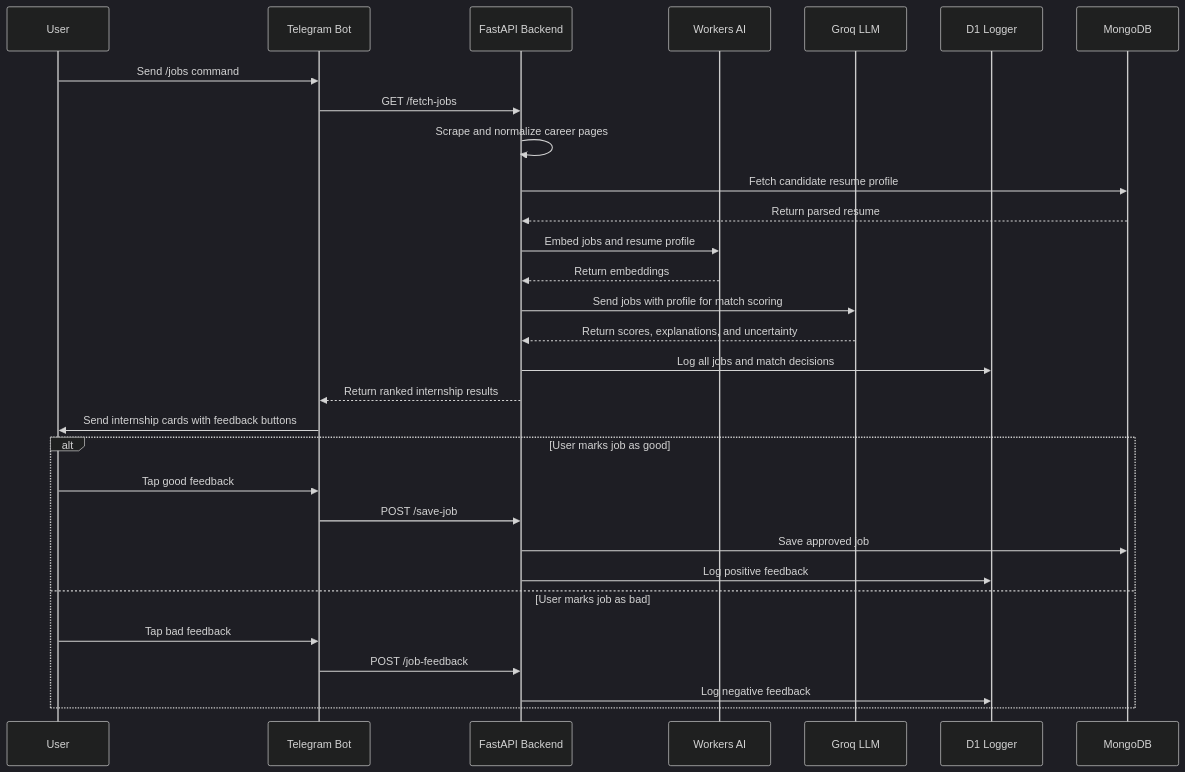
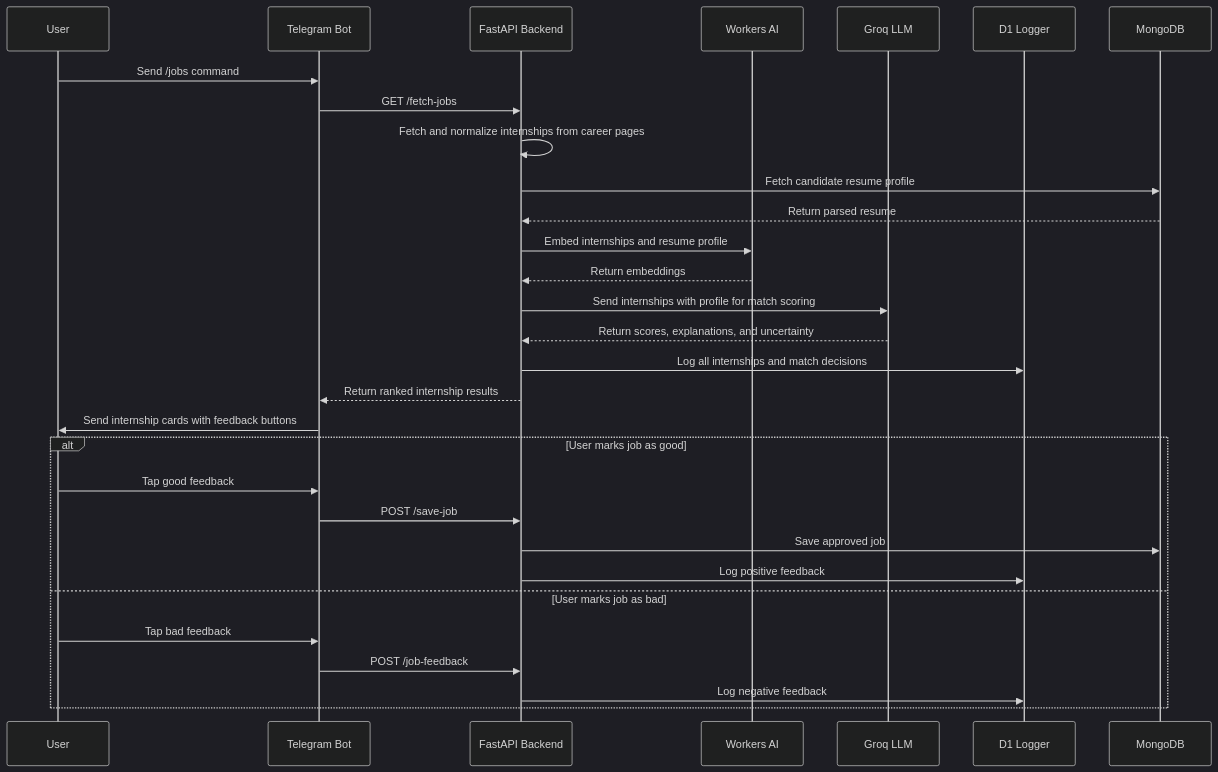
The diagram in sibyl/sequence-diagram.md (10billionpercent/system-design-portfolio), drawn with Mermaid (dark theme) before and after one commit.

Commit message:
improve wording in sibyl sequence diagram

````diff
--- a/sibyl/sequence-diagram.md
+++ b/sibyl/sequence-diagram.md
@@ -3,39 +3,39 @@
 ```mermaid
 sequenceDiagram
     participant User
     participant Telegram Bot
     participant FastAPI Backend
     participant Workers AI
     participant Groq LLM
     participant D1 Logger
     participant MongoDB
 
     User->>Telegram Bot: Send /jobs command
     Telegram Bot->>FastAPI Backend: GET /fetch-jobs
 
-    FastAPI Backend->>FastAPI Backend: Scrape and normalize career pages
+    FastAPI Backend->>FastAPI Backend: Fetch and normalize internships from career pages
     FastAPI Backend->>MongoDB: Fetch candidate resume profile
     MongoDB-->>FastAPI Backend: Return parsed resume
 
-    FastAPI Backend->>Workers AI: Embed jobs and resume profile
+    FastAPI Backend->>Workers AI: Embed internships and resume profile
     Workers AI-->>FastAPI Backend: Return embeddings
 
-    FastAPI Backend->>Groq LLM: Send jobs with profile for match scoring
+    FastAPI Backend->>Groq LLM: Send internships with profile for match scoring
     Groq LLM-->>FastAPI Backend: Return scores, explanations, and uncertainty
 
-    FastAPI Backend->>D1 Logger: Log all jobs and match decisions
+    FastAPI Backend->>D1 Logger: Log all internships and match decisions
     FastAPI Backend-->>Telegram Bot: Return ranked internship results
 
     Telegram Bot->>User: Send internship cards with feedback buttons
 
     alt User marks job as good
         User->>Telegram Bot: Tap good feedback
         Telegram Bot->>FastAPI Backend: POST /save-job
         FastAPI Backend->>MongoDB: Save approved job
         FastAPI Backend->>D1 Logger: Log positive feedback
     else User marks job as bad
         User->>Telegram Bot: Tap bad feedback
         Telegram Bot->>FastAPI Backend: POST /job-feedback
         FastAPI Backend->>D1 Logger: Log negative feedback
     end
 ```
````
